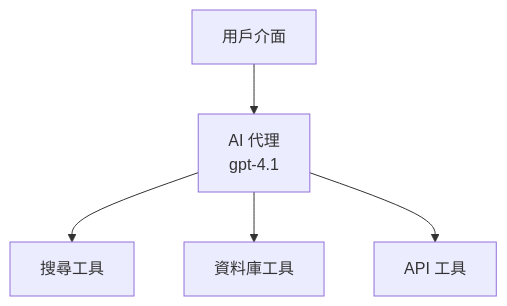
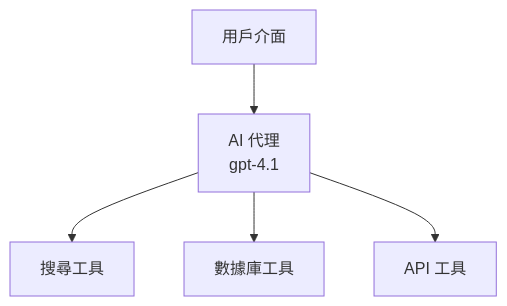
One commit to microsoft/AZD-for-beginners changed the first of 3 diagrams in translations/zh-MO/docs/chapter-02-ai-development/agents.md. Above: the diagram before and after it, drawn with Mermaid. The commit also changed other lines of this file and 101 other files, not shown here.

````diff
--- a/translations/zh-MO/docs/chapter-02-ai-development/agents.md
+++ b/translations/zh-MO/docs/chapter-02-ai-development/agents.md
@@ -152,7 +157,7 @@
 ```mermaid
 graph TD
     UI[用戶介面] --> Agent[AI 代理<br/>gpt-4.1]
     Agent --> Search[搜尋工具]
-    Agent --> Database[資料庫工具]
+    Agent --> Database[數據庫工具]
     Agent --> API[API 工具]
 ```
````
